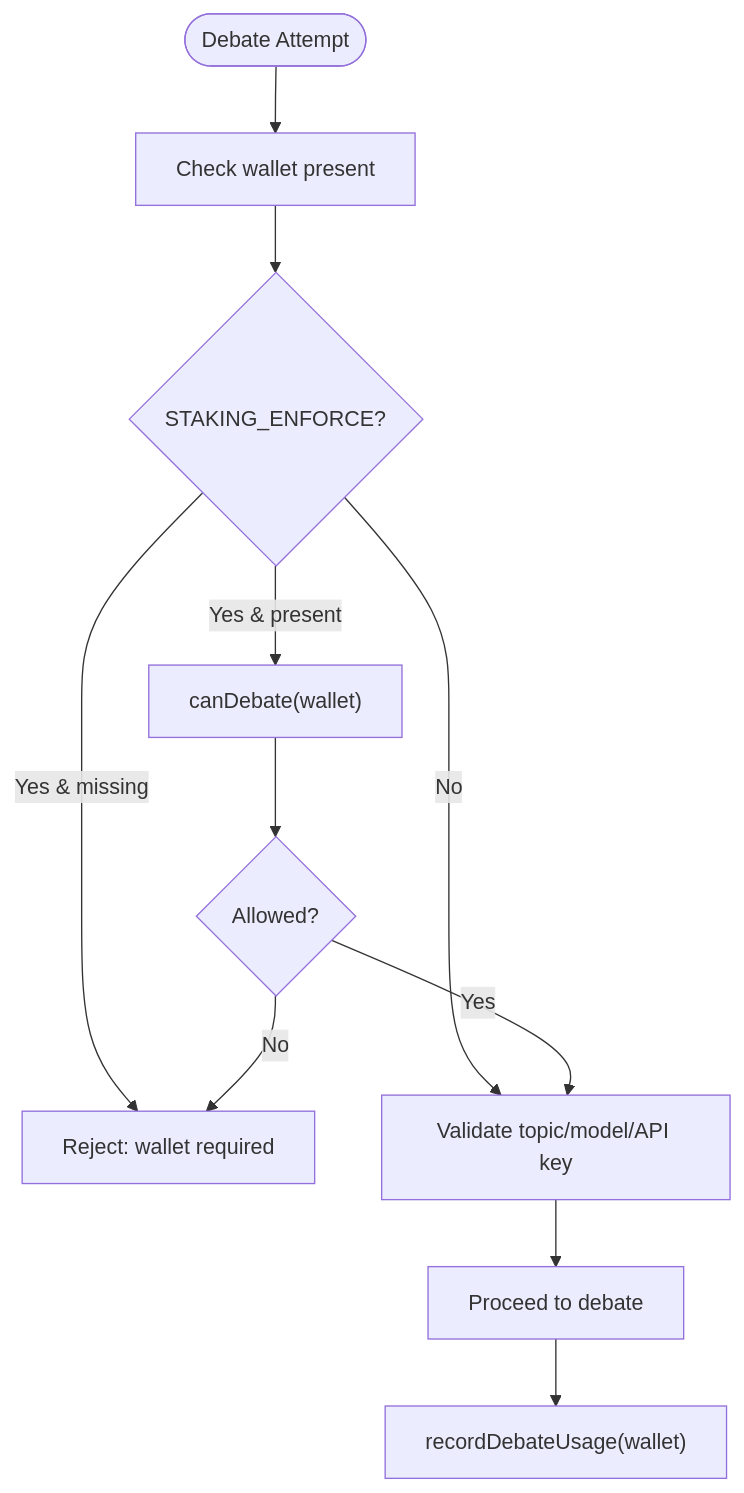
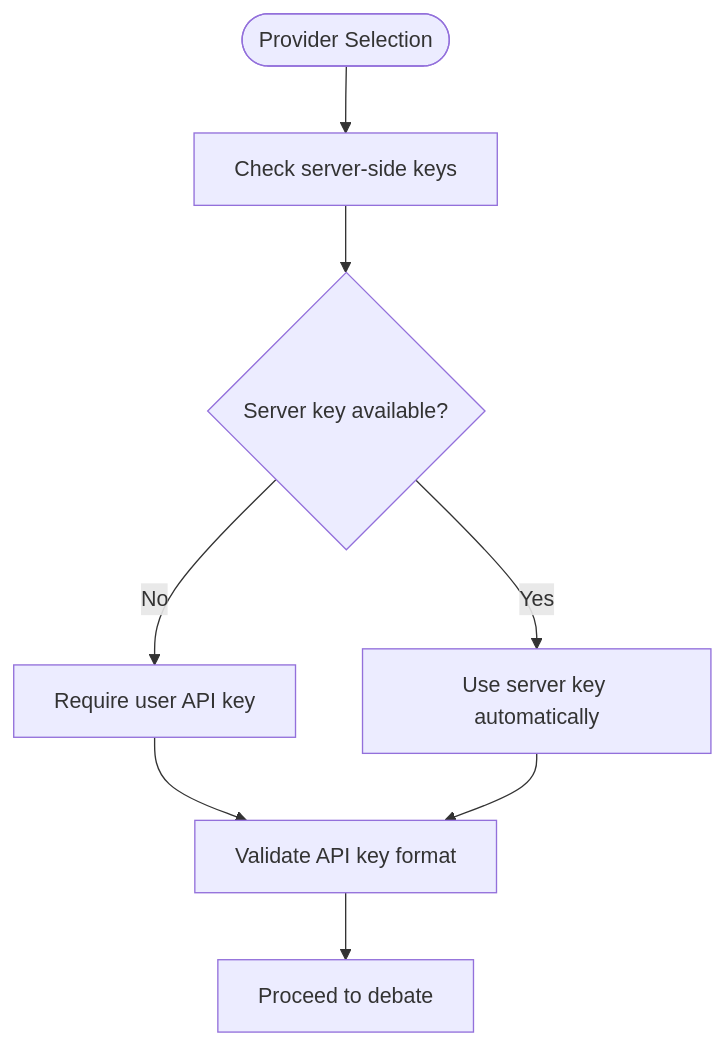
The third of 6 diagrams in .qoder/repowiki/en/content/Staking & Access Control System/Staking & Access Control System.md (RunTimeAdmin/tri-ai), drawn with Mermaid before and after one commit. The commit also changed other lines of this file and 46 other files, not shown here.

Commit message:
Harden API security, add debate persistence, clean up repo

````diff
--- a/.qoder/repowiki/en/content/Staking & Access Control System/Staking & Access Control System.md
+++ b/.qoder/repowiki/en/content/Staking & Access Control System/Staking & Access Control System.md
@@ -161,13 +119,10 @@
 ```mermaid
 flowchart TD
-Entry(["Debate Attempt"]) --> CheckWallet["Check wallet present"]
-CheckWallet --> Enforced{"STAKING_ENFORCE?"}
-Enforced --> |Yes & missing| Deny["Reject: wallet required"]
-Enforced --> |No| Validate["Validate topic/model/API key"]
-Enforced --> |Yes & present| Gate["canDebate(wallet)"]
-Gate --> Allowed{"Allowed?"}
-Allowed --> |No| Deny
-Allowed --> |Yes| Validate
-Validate --> Proceed["Proceed to debate"]
-Proceed --> Record["recordDebateUsage(wallet)"]
+Start(["Provider Selection"]) --> CheckKeys["Check server-side keys"]
+CheckKeys --> HasServer{"Server key available?"}
+HasServer --> |Yes| UseServer["Use server key automatically"]
+HasServer --> |No| UserKey["Require user API key"]
+UserKey --> Validate["Validate API key format"]
+UseServer --> Validate
+Validate --> Success["Proceed to debate"]
 ```
````
